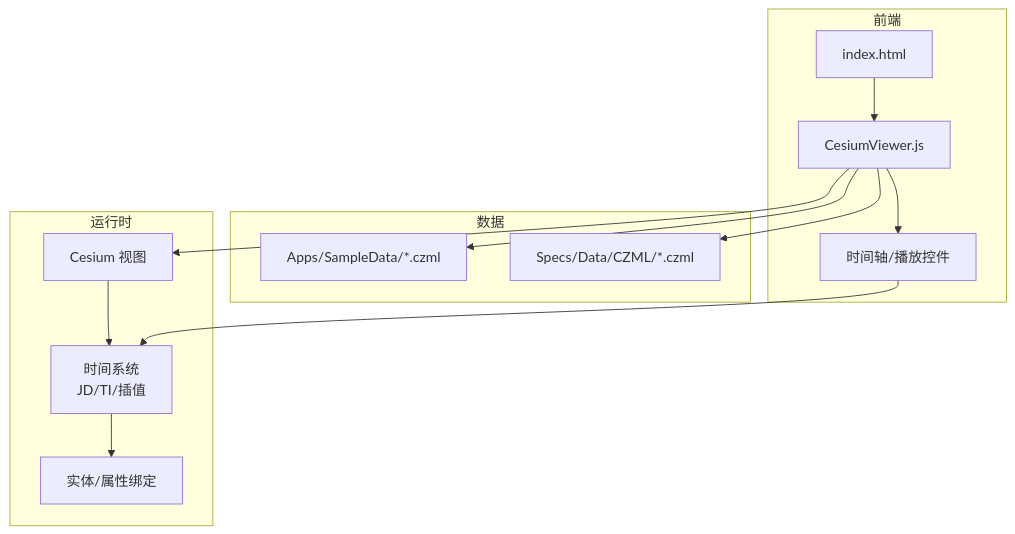
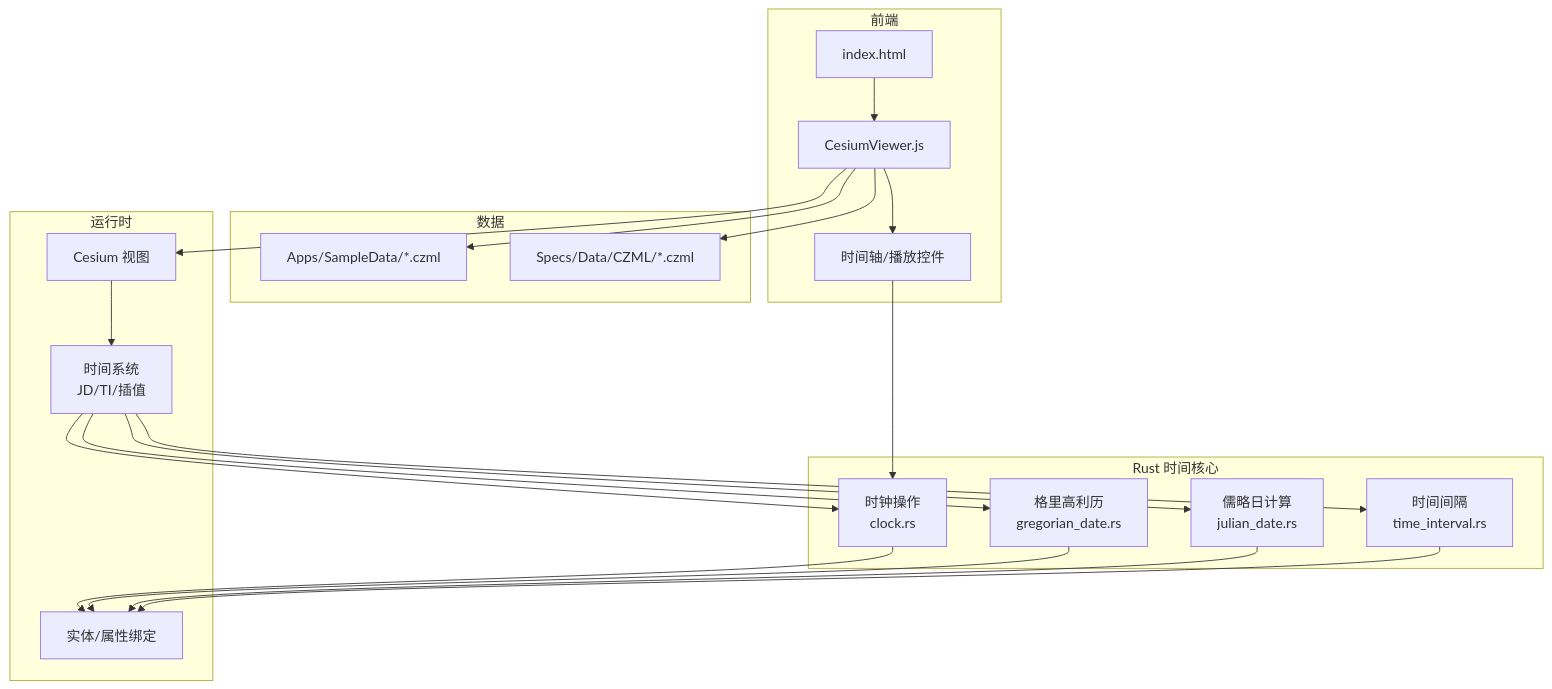
Before and after one commit to rzhangjing/cesium: the second of 6 diagrams in .qoder/repowiki/zh/content/核心概念/时间管理系统.md, drawn with Mermaid. The commit also changed other lines of this file and 92 other files, not shown here.

````diff
--- a/.qoder/repowiki/zh/content/核心概念/时间管理系统.md
+++ b/.qoder/repowiki/zh/content/核心概念/时间管理系统.md
@@ -95,25 +134,38 @@
 ```mermaid
 graph TB
 subgraph "前端"
 HTML["index.html"]
 JS["CesiumViewer.js"]
 UI["时间轴/播放控件"]
 end
 subgraph "数据"
 CZML1["Apps/SampleData/*.czml"]
 CZML2["Specs/Data/CZML/*.czml"]
+end
+subgraph "Rust 时间核心"
+Clock["时钟操作<br/>clock.rs"]
+Gregorian["格里高利历<br/>gregorian_date.rs"]
+Julian["儒略日计算<br/>julian_date.rs"]
+Interval["时间间隔<br/>time_interval.rs"]
 end
 subgraph "运行时"
 Viewer["Cesium 视图"]
 TimeSystem["时间系统<br/>JD/TI/插值"]
 Entities["实体/属性绑定"]
 end
 HTML --> JS
 JS --> Viewer
 JS --> UI
 JS --> CZML1
 JS --> CZML2
 Viewer --> TimeSystem
-TimeSystem --> Entities
-UI --> TimeSystem
+TimeSystem --> Clock
+TimeSystem --> Gregorian
+TimeSystem --> Julian
+TimeSystem --> Interval
+Clock --> Entities
+Gregorian --> Entities
+Julian --> Entities
+Interval --> Entities
+UI --> Clock
 ```
````
